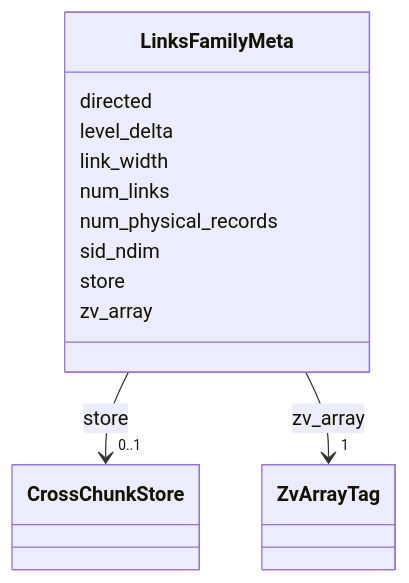
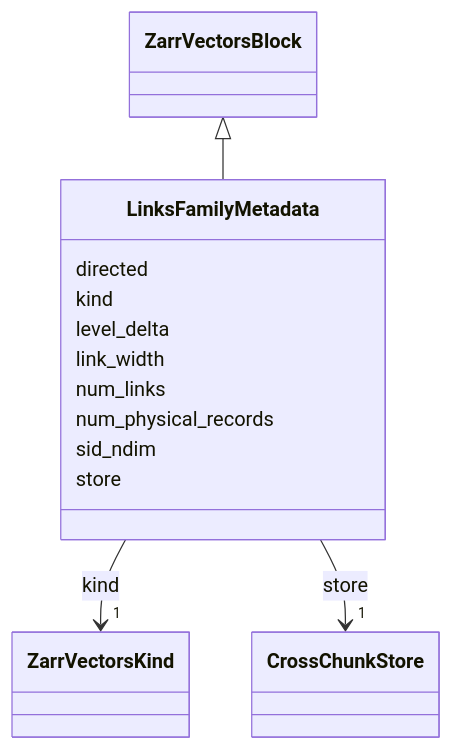
Diagram 15 of 35 in schema/reference.md (AllenInstitute/zarr-vectors-py), drawn with Mermaid before and after one commit. The commit also changed other lines of this file and 14 other files, not shown here.

First line of the commit message:
Replace the LinkML schema with the convention's model from zarr_vectors

````diff
--- a/schema/reference.md
+++ b/schema/reference.md
@@ -4133,40 +5075,43 @@
 ```mermaid
  classDiagram
-    class LinksFamilyMeta
-    click LinksFamilyMeta href "../LinksFamilyMeta/"
-      LinksFamilyMeta : directed
+    class LinksFamilyMetadata
+    click LinksFamilyMetadata href "../LinksFamilyMetadata/"
+      ZarrVectorsBlock <|-- LinksFamilyMetadata
+        click ZarrVectorsBlock href "../ZarrVectorsBlock/"
+      
+      LinksFamilyMetadata : directed
         
-      LinksFamilyMeta : level_delta
-        
-      LinksFamilyMeta : link_width
-        
-      LinksFamilyMeta : num_links
-        
-      LinksFamilyMeta : num_physical_records
-        
-      LinksFamilyMeta : sid_ndim
-        
-      LinksFamilyMeta : store
+      LinksFamilyMetadata : kind
         
           
     
         
         
-        LinksFamilyMeta --> "0..1" CrossChunkStore : store
-        click CrossChunkStore href "../CrossChunkStore/"
+        LinksFamilyMetadata --> "1" ZarrVectorsKind : kind
+        click ZarrVectorsKind href "../ZarrVectorsKind/"
     
 
         
-      LinksFamilyMeta : zv_array
+      LinksFamilyMetadata : level_delta
+        
+      LinksFamilyMetadata : link_width
+        
+      LinksFamilyMetadata : num_links
+        
+      LinksFamilyMetadata : num_physical_records
+        
+      LinksFamilyMetadata : sid_ndim
+        
+      LinksFamilyMetadata : store
         
           
     
         
         
-        LinksFamilyMeta --> "1" ZvArrayTag : zv_array
-        click ZvArrayTag href "../ZvArrayTag/"
+        LinksFamilyMetadata --> "1" CrossChunkStore : store
+        click CrossChunkStore href "../CrossChunkStore/"
     
 
         
       
 ```
````
